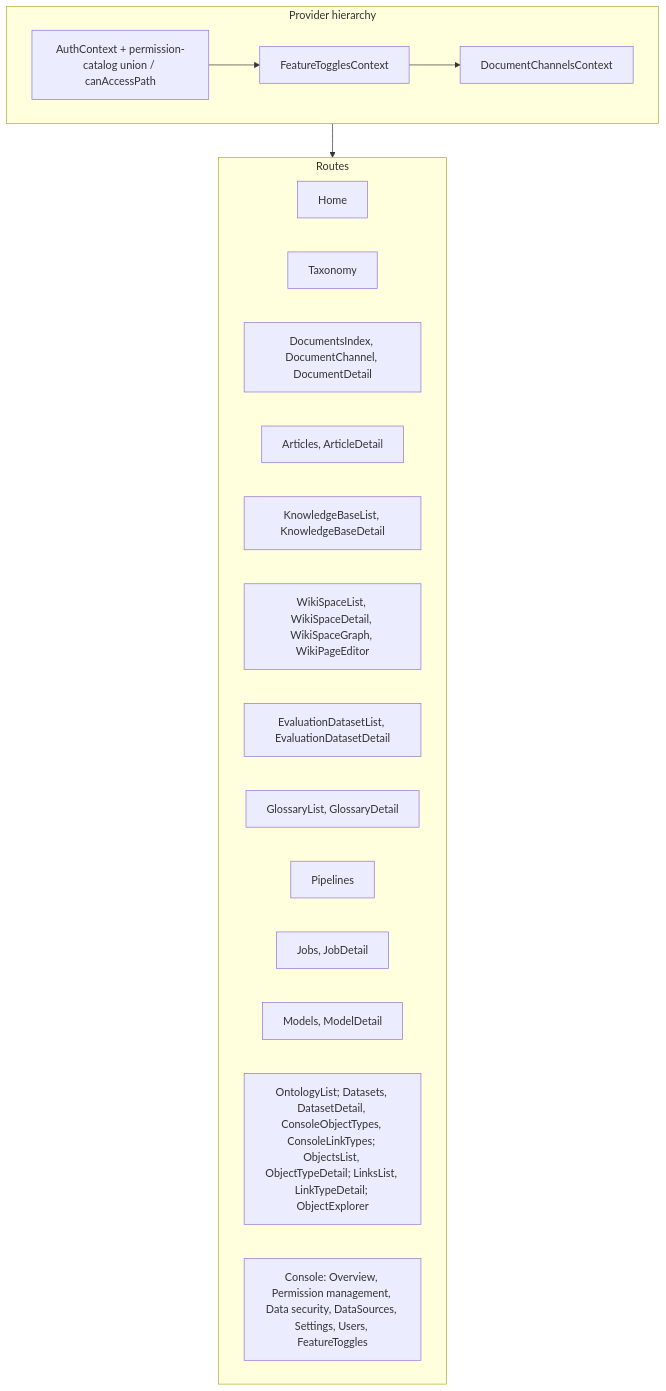
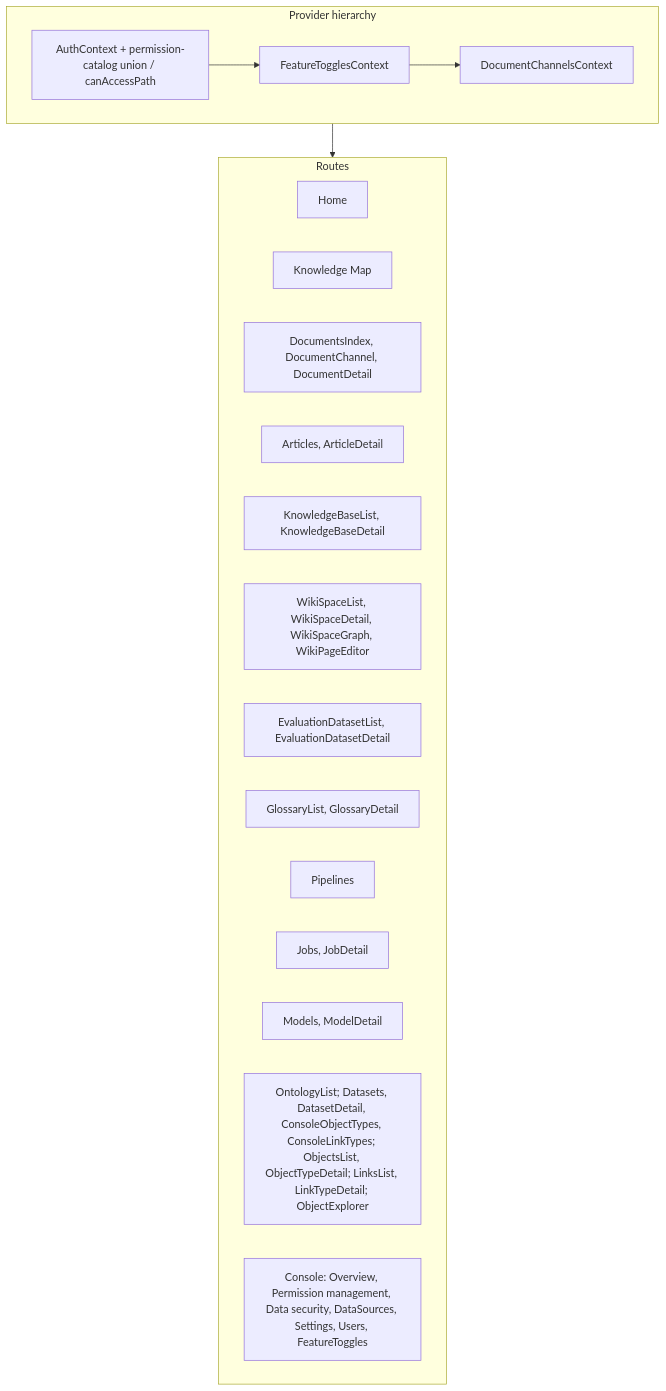
One commit to yingrui/openKMS changed the second of 5 diagrams in docs/architecture.md. Above: the diagram before and after it, drawn with Mermaid. The commit also changed other lines of this file and 12 other files, not shown here.

First line of the commit message:
feat(ui): Knowledge Map rename, ontology nav, Tree/Node details

````diff
--- a/docs/architecture.md
+++ b/docs/architecture.md
@@ -63,28 +63,28 @@
 ```mermaid
 flowchart TB
   subgraph Providers["Provider hierarchy"]
     Auth[AuthContext + permission-catalog union / canAccessPath]
     FT[FeatureTogglesContext]
     DC[DocumentChannelsContext]
     Auth --> FT
     FT --> DC
   end
 
   subgraph Pages["Routes"]
     Home[Home]
-    TaxonomyPage[Taxonomy]
+    KnowledgeMapPage[Knowledge Map]
     Docs[DocumentsIndex, DocumentChannel, DocumentDetail]
     Articles[Articles, ArticleDetail]
     KB[KnowledgeBaseList, KnowledgeBaseDetail]
     Wiki[WikiSpaceList, WikiSpaceDetail, WikiSpaceGraph, WikiPageEditor]
     Eval[EvaluationDatasetList, EvaluationDatasetDetail]
     Glossaries[GlossaryList, GlossaryDetail]
     Pipelines[Pipelines]
     Jobs[Jobs, JobDetail]
     Models[Models, ModelDetail]
     Ontology[OntologyList; Datasets, DatasetDetail, ConsoleObjectTypes, ConsoleLinkTypes; ObjectsList, ObjectTypeDetail; LinksList, LinkTypeDetail; ObjectExplorer]
     Console[Console: Overview, Permission management, Data security, DataSources, Settings, Users, FeatureToggles]
   end
 
   Providers --> Pages
 ```
````
